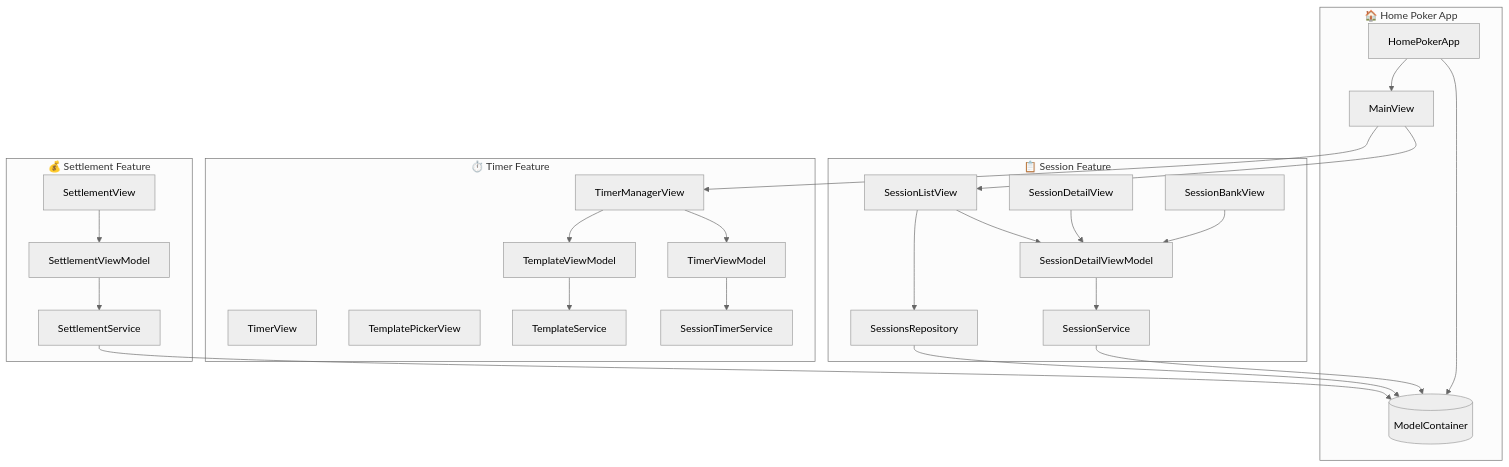
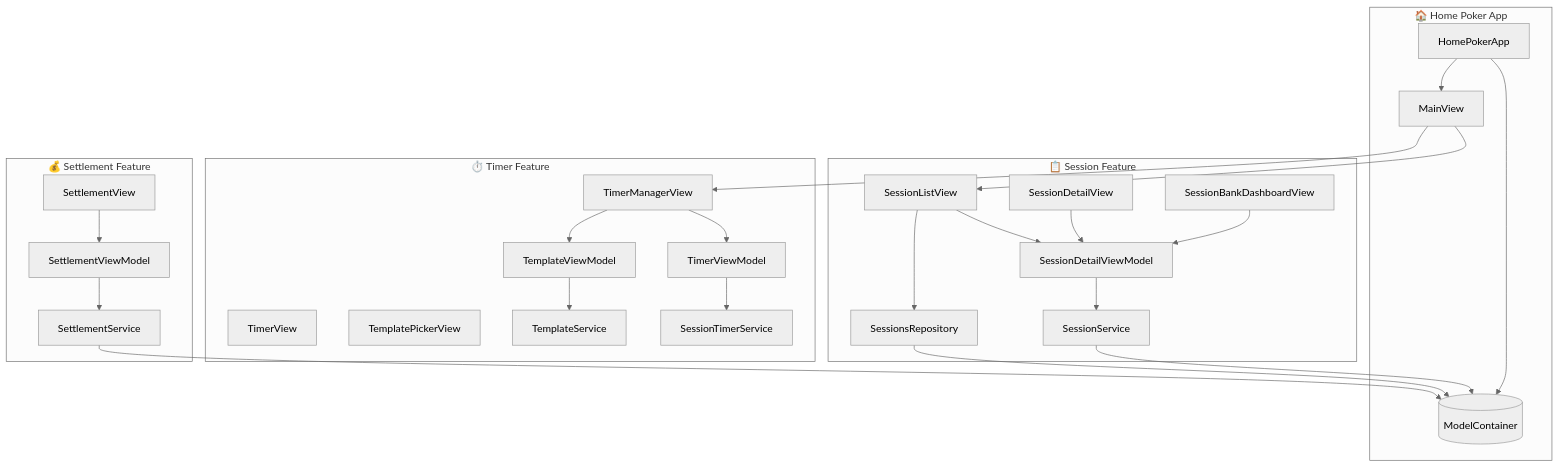
One commit to OutOfOdds/Home-Poker changed the fourth of 4 diagrams in Home Poker/Docs/architecture-flow.md. Above: the diagram before and after it, drawn with Mermaid (neutral theme). The commit also changed other lines of this file and 20 other files, not shown here.

````diff
--- a/Home Poker/Docs/architecture-flow.md
+++ b/Home Poker/Docs/architecture-flow.md
@@ -633,46 +638,46 @@
 ```mermaid
 graph TB
     subgraph App["🏠 Home Poker App"]
         Entry[HomePokerApp]
         Entry --> Container[(ModelContainer)]
         Entry --> MainView
     end
 
     subgraph Sessions["📋 Session Feature"]
         List[SessionListView]
         Detail[SessionDetailView]
-        Bank[SessionBankView]
+        Bank[SessionBankDashboardView]
 
         List --> DetailVM[SessionDetailViewModel]
         Detail --> DetailVM
         Bank --> DetailVM
 
         DetailVM --> SessionSvc[SessionService]
         SessionSvc --> Container
 
         List --> Repo[SessionsRepository]
         Repo --> Container
     end
 
     subgraph Timer["⏱️ Timer Feature"]
         TimerMgr[TimerManagerView]
         TimerView[TimerView]
         TemplatePicker[TemplatePickerView]
 
         TimerMgr --> TimerVM[TimerViewModel]
         TimerMgr --> TemplateVM[TemplateViewModel]
 
         TimerVM --> TimerSvc[SessionTimerService]
         TemplateVM --> TemplateSvc[TemplateService]
     end
 
     subgraph Settlement["💰 Settlement Feature"]
         SettleView[SettlementView]
         SettleView --> SettleVM[SettlementViewModel]
         SettleVM --> SettleSvc[SettlementService]
         SettleSvc --> Container
     end
 
     MainView --> List
     MainView --> TimerMgr
 ```
````
